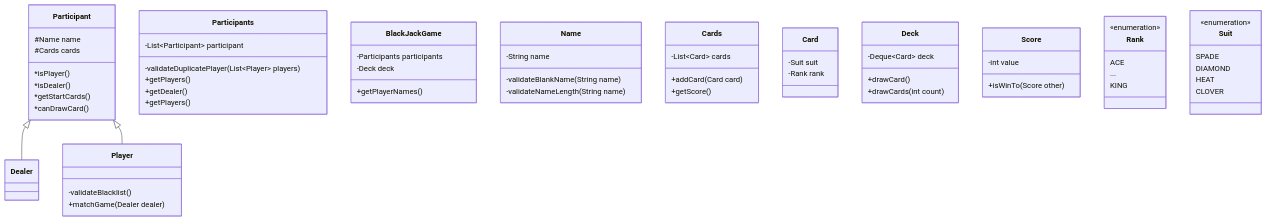
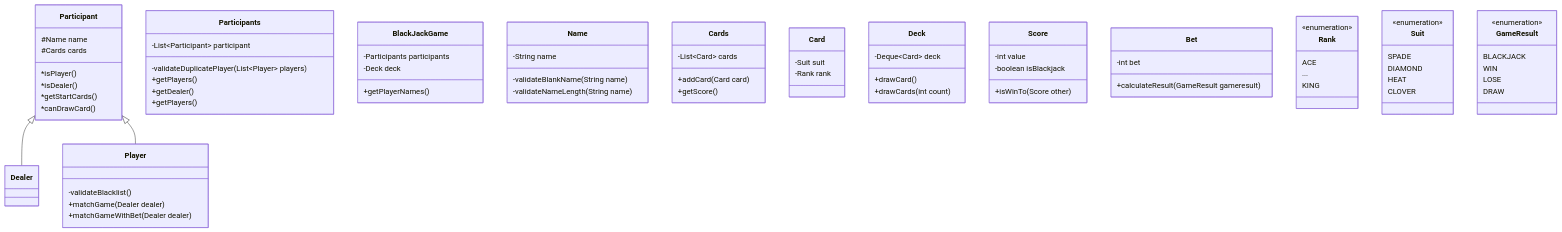
Before and after one commit to woowacourse/java-blackjack: the diagram in README.md, drawn with Mermaid. The commit also changed other lines of this file, not shown here.

Commit message:
docs: 구현 목록 체크, 클래스 다이어그램 최신반영

````diff
--- a/README.md
+++ b/README.md
@@ -9,68 +9,81 @@
 ```mermaid
 classDiagram
     Participant <|-- Dealer
     Participant <|-- Player
     class Participant {
         #Name name
         #Cards cards
         *isPlayer()
         *isDealer()
         *getStartCards()
         *canDrawCard()
     }
     class Dealer {
         
     }
     class Player {
         -validateBlacklist()
         +matchGame(Dealer dealer)
+        +matchGameWithBet(Dealer dealer)
     }
     class Participants {
         -List~Participant~ participant
         -validateDuplicatePlayer(List~Player~ players)
         +getPlayers()
         +getDealer()
         +getPlayers()
     }
     class BlackJackGame {
         -Participants participants
         -Deck deck
         +getPlayerNames()
     }
     class Name {
         -String name
         -validateBlankName(String name)
         -validateNameLength(String name)
     }
     class Cards {
         -List~Card~ cards
         +addCard(Card card)
         +getScore()
     }
     class Card {
         -Suit suit
         -Rank rank
     }
     class Deck {
         -Deque~Card~ deck
         +drawCard()
         +drawCards(int count)
     }
     class Score {
         -int value
+        -boolean isBlackjack
         +isWinTo(Score other)
+    }
+    class Bet {
+        -int bet
+        +calculateResult(GameResult gameresult)
     }
     class Rank {
         <<enumeration>>
         ACE
         ...
         KING
     }
     class Suit {
         <<enumeration>>
         SPADE
         DIAMOND
         HEAT
         CLOVER
     }
+    class GameResult {
+        <<enumeration>>
+        BLACKJACK
+        WIN
+        LOSE
+        DRAW
+    }
 ```
````
